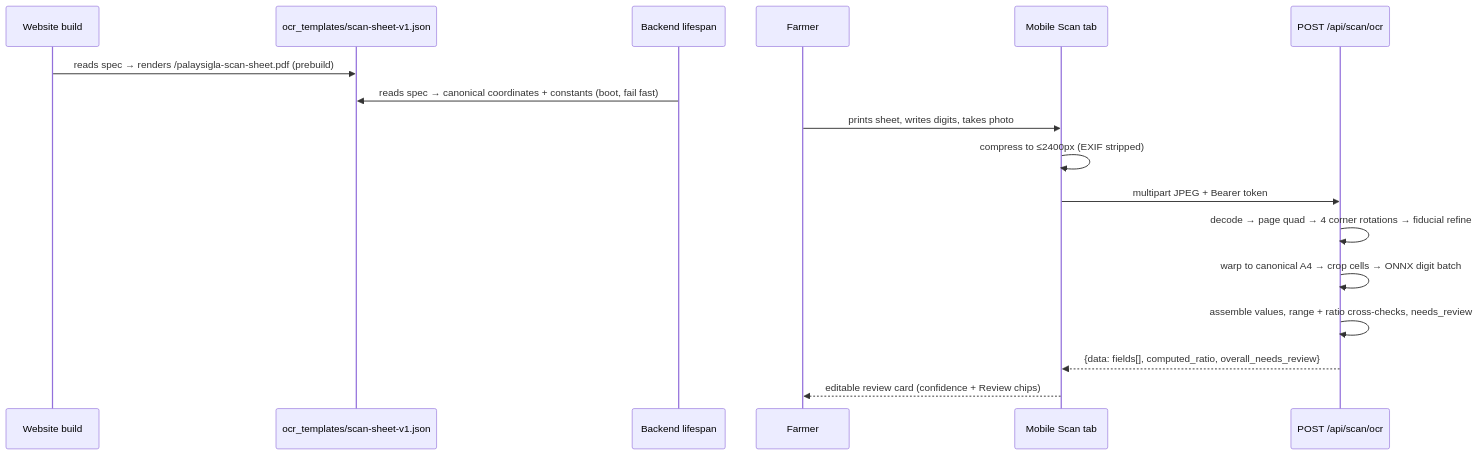
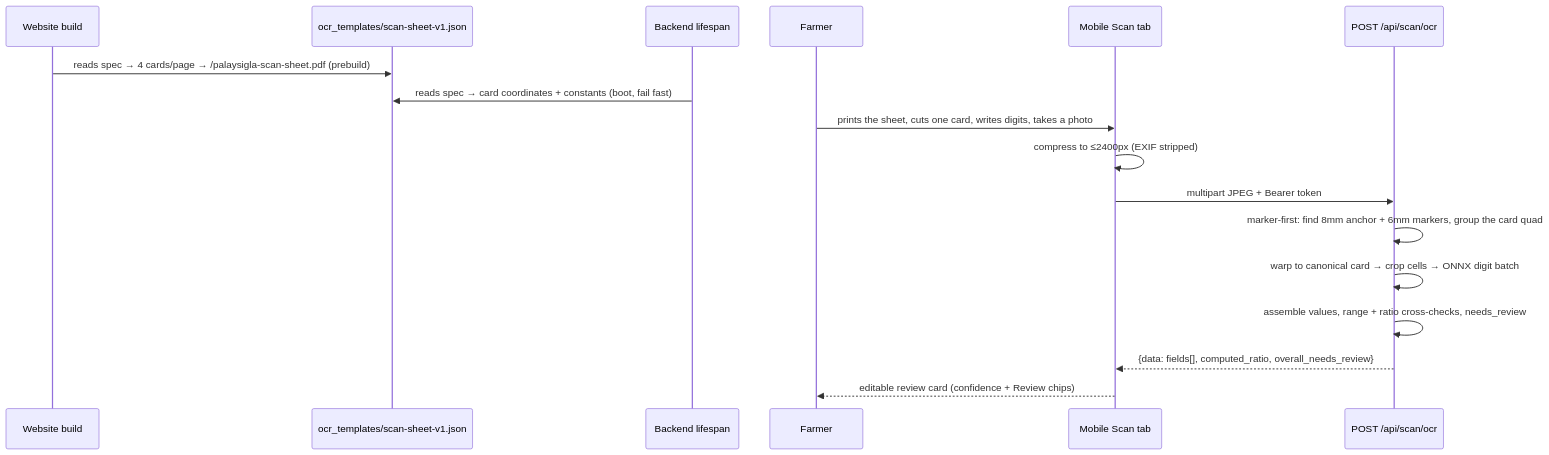
The tenth of 10 diagrams in documentation/architecture.md (MizuReal/PalaySigla), drawn with Mermaid before and after one commit. The commit also changed other lines of this file and 22 other files, not shown here.

````diff
--- a/documentation/architecture.md
+++ b/documentation/architecture.md
@@ -480,20 +481,20 @@
 ```mermaid
 sequenceDiagram
     participant W as Website build
     participant F as ocr_templates/scan-sheet-v1.json
     participant B as Backend lifespan
     participant U as Farmer
     participant M as Mobile Scan tab
     participant A as POST /api/scan/ocr
 
-    W->>F: reads spec → renders /palaysigla-scan-sheet.pdf (prebuild)
-    B->>F: reads spec → canonical coordinates + constants (boot, fail fast)
-    U->>M: prints sheet, writes digits, takes photo
+    W->>F: reads spec → 4 cards/page → /palaysigla-scan-sheet.pdf (prebuild)
+    B->>F: reads spec → card coordinates + constants (boot, fail fast)
+    U->>M: prints the sheet, cuts one card, writes digits, takes a photo
     M->>M: compress to ≤2400px (EXIF stripped)
     M->>A: multipart JPEG + Bearer token
-    A->>A: decode → page quad → 4 corner rotations → fiducial refine
-    A->>A: warp to canonical A4 → crop cells → ONNX digit batch
+    A->>A: marker-first: find 8mm anchor + 6mm markers, group the card quad
+    A->>A: warp to canonical card → crop cells → ONNX digit batch
     A->>A: assemble values, range + ratio cross-checks, needs_review
     A-->>M: {data: fields[], computed_ratio, overall_needs_review}
     M-->>U: editable review card (confidence + Review chips)
 ```
````
